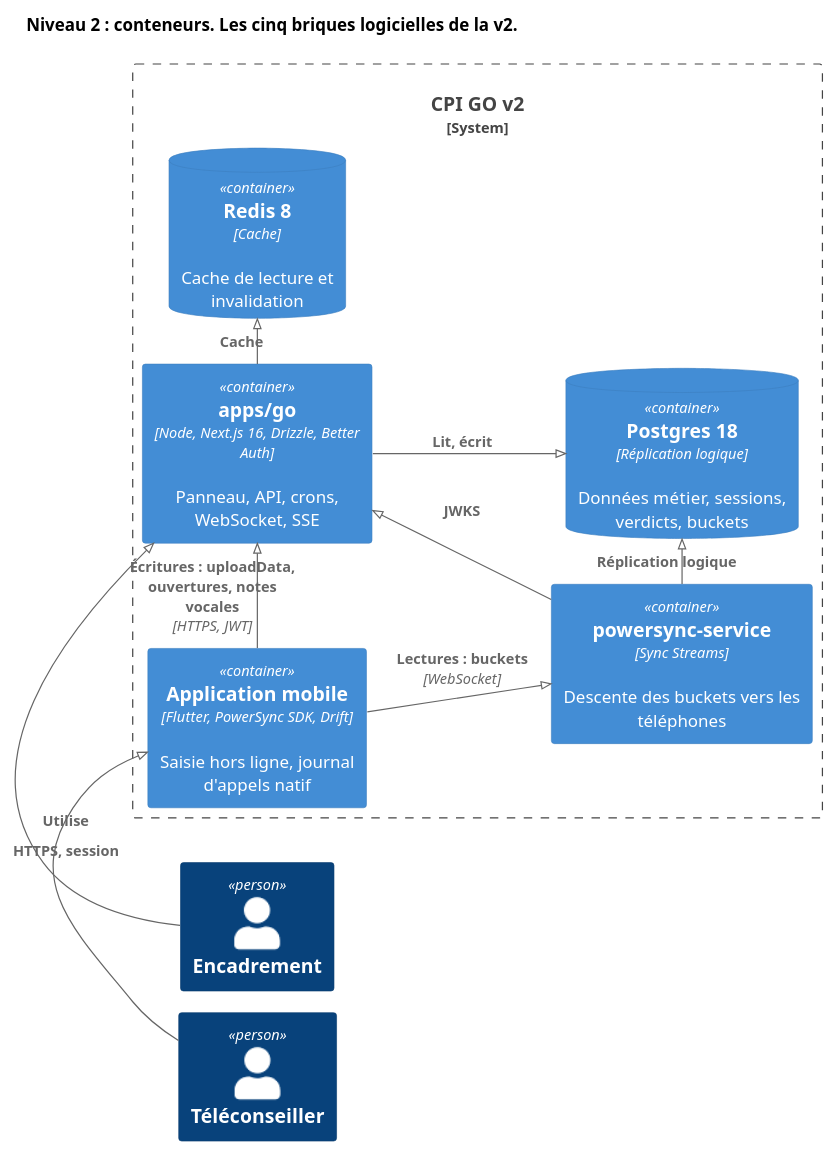
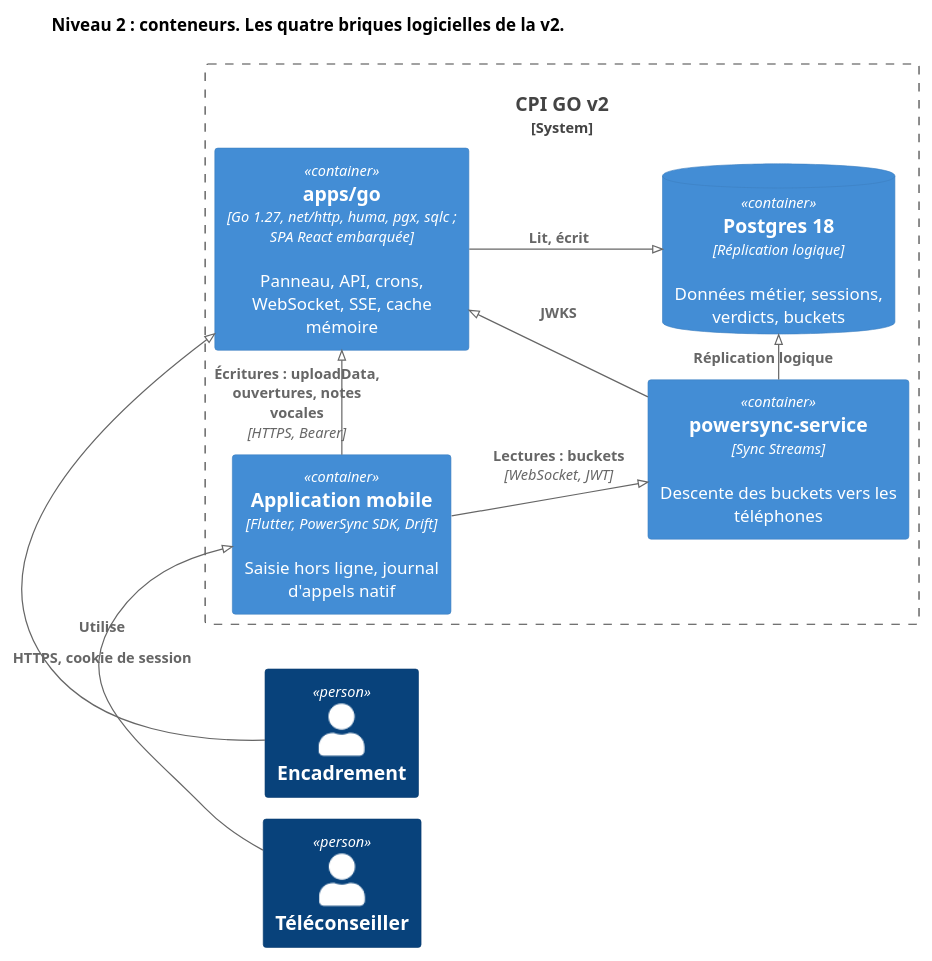
Before and after one commit to Compagnie-Prestige-Immobilier/crm-monorepo: the diagram in docs/v2-refonte/diagrammes/02-conteneurs.puml, drawn with PlantUML. The commit also changed 9 other files, not shown here.

```diff
--- a/docs/v2-refonte/diagrammes/02-conteneurs.puml
+++ b/docs/v2-refonte/diagrammes/02-conteneurs.puml
@@ -1,26 +1,24 @@
 @startuml 02-conteneurs
 !pragma layout smetana
 !include https://raw.githubusercontent.com/plantuml-stdlib/C4-PlantUML/master/C4_Container.puml
 LAYOUT_LEFT_RIGHT()
-title Niveau 2 : conteneurs. Les cinq briques logicielles de la v2.
+title Niveau 2 : conteneurs. Les quatre briques logicielles de la v2.
 
 Person(tc, "Téléconseiller")
 Person(enc, "Encadrement")
 
 System_Boundary(cpi, "CPI GO v2") {
   Container(mobile, "Application mobile", "Flutter, PowerSync SDK, Drift", "Saisie hors ligne, journal d'appels natif")
-  Container(go, "apps/go", "Node, Next.js 16, Drizzle, Better Auth", "Panneau, API, crons, WebSocket, SSE")
+  Container(go, "apps/go", "Go 1.27, net/http, huma, pgx, sqlc ; SPA React embarquée", "Panneau, API, crons, WebSocket, SSE, cache mémoire")
   Container(ps, "powersync-service", "Sync Streams", "Descente des buckets vers les téléphones")
   ContainerDb(pg, "Postgres 18", "Réplication logique", "Données métier, sessions, verdicts, buckets")
-  ContainerDb(redis, "Redis 8", "Cache", "Cache de lecture et invalidation")
 }
 
-Rel_R(enc, go, "HTTPS, session")
+Rel_R(enc, go, "HTTPS, cookie de session")
 Rel_R(tc, mobile, "Utilise")
-Rel_R(mobile, go, "Écritures : uploadData, ouvertures, notes vocales", "HTTPS, JWT")
-Rel_R(mobile, ps, "Lectures : buckets", "WebSocket")
+Rel_R(mobile, go, "Écritures : uploadData, ouvertures, notes vocales", "HTTPS, Bearer")
+Rel_R(mobile, ps, "Lectures : buckets", "WebSocket, JWT")
 Rel_R(go, pg, "Lit, écrit")
-Rel_R(go, redis, "Cache")
 Rel_R(ps, pg, "Réplication logique")
 Rel_U(ps, go, "JWKS")
 @enduml
```
